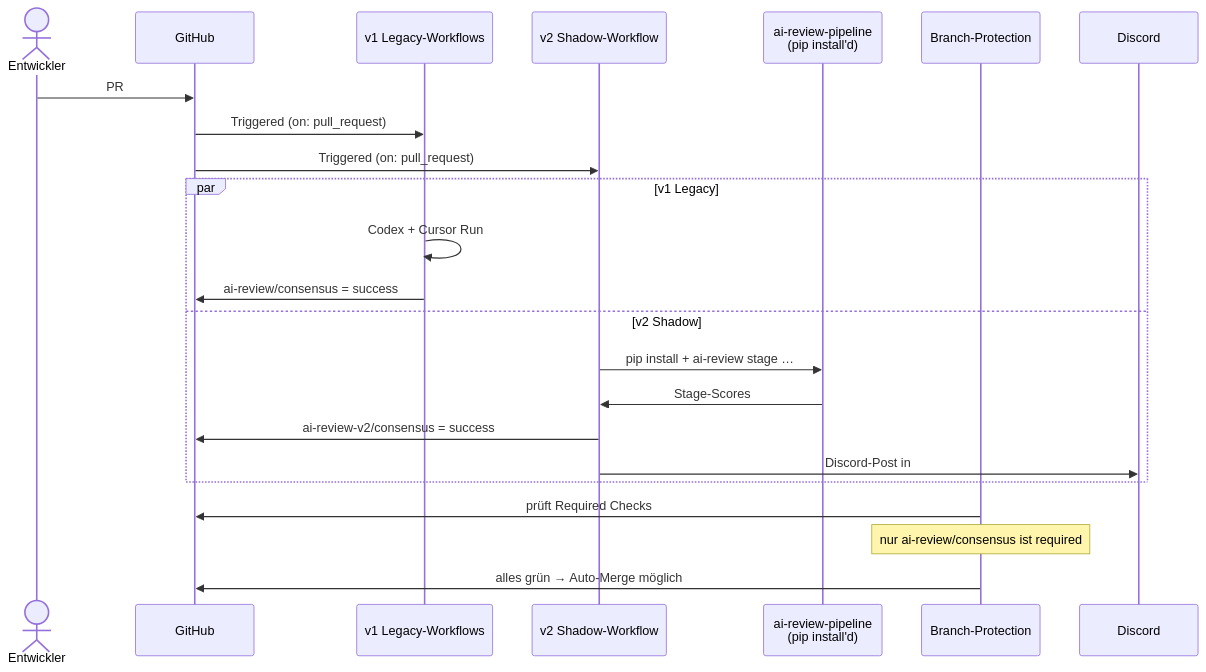
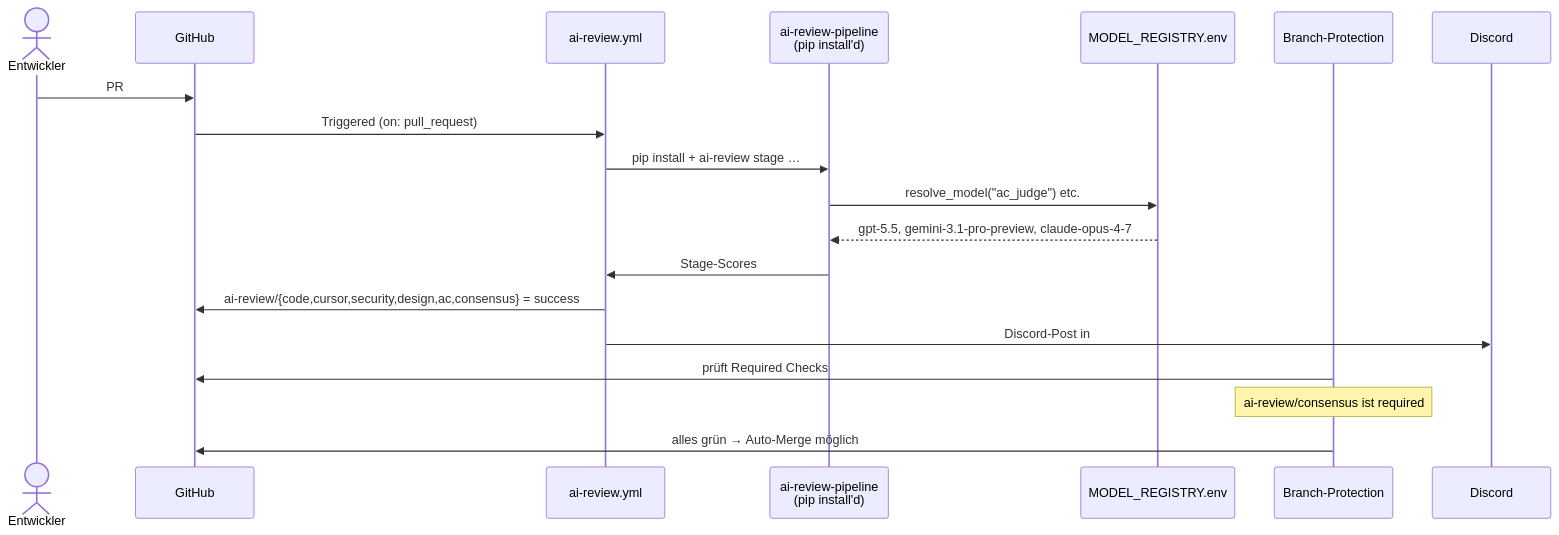
Before and after one commit to EtroxTaran/agent-stack: the second of 2 diagrams in docs/wiki/20-komponenten/20-ai-portal-integration.md, drawn with Mermaid. The commit also changed other lines of this file and 23 other files, not shown here.

First line of the commit message:
docs: post-phase-5 cutover + model-registry drift cleanup (#17)

````diff
--- a/docs/wiki/20-komponenten/20-ai-portal-integration.md
+++ b/docs/wiki/20-komponenten/20-ai-portal-integration.md
@@ -168,28 +140,23 @@
 ```mermaid
 sequenceDiagram
     actor Dev as Entwickler
     participant GH as GitHub
-    participant V1 as v1 Legacy-Workflows
-    participant V2 as v2 Shadow-Workflow
+    participant WF as ai-review.yml
     participant ARP as ai-review-pipeline<br/>(pip install'd)
+    participant REG as MODEL_REGISTRY.env
     participant BP as Branch-Protection
     participant D as Discord
 
     Dev->>GH: PR #N geöffnet
-    GH->>V1: Triggered (on: pull_request)
-    GH->>V2: Triggered (on: pull_request)
-
-    par v1 Legacy
-        V1->>V1: Codex + Cursor Run
-        V1->>GH: ai-review/consensus = success
-    and v2 Shadow
-        V2->>ARP: pip install + ai-review stage …
-        ARP->>V2: Stage-Scores
-        V2->>GH: ai-review-v2/consensus = success
-        V2->>D: Discord-Post in #shadow-Channel
-    end
+    GH->>WF: Triggered (on: pull_request)
+    WF->>ARP: pip install + ai-review stage …
+    ARP->>REG: resolve_model("ac_judge") etc.
+    REG-->>ARP: gpt-5.5, gemini-3.1-pro-preview, claude-opus-4-7
+    ARP->>WF: Stage-Scores
+    WF->>GH: ai-review/{code,cursor,security,design,ac,consensus} = success
+    WF->>D: Discord-Post in #ai-review-ai-portal
 
     BP->>GH: prüft Required Checks
-    Note over BP: nur ai-review/consensus ist required
+    Note over BP: ai-review/consensus ist required
     BP->>GH: alles grün → Auto-Merge möglich
 ```
````
